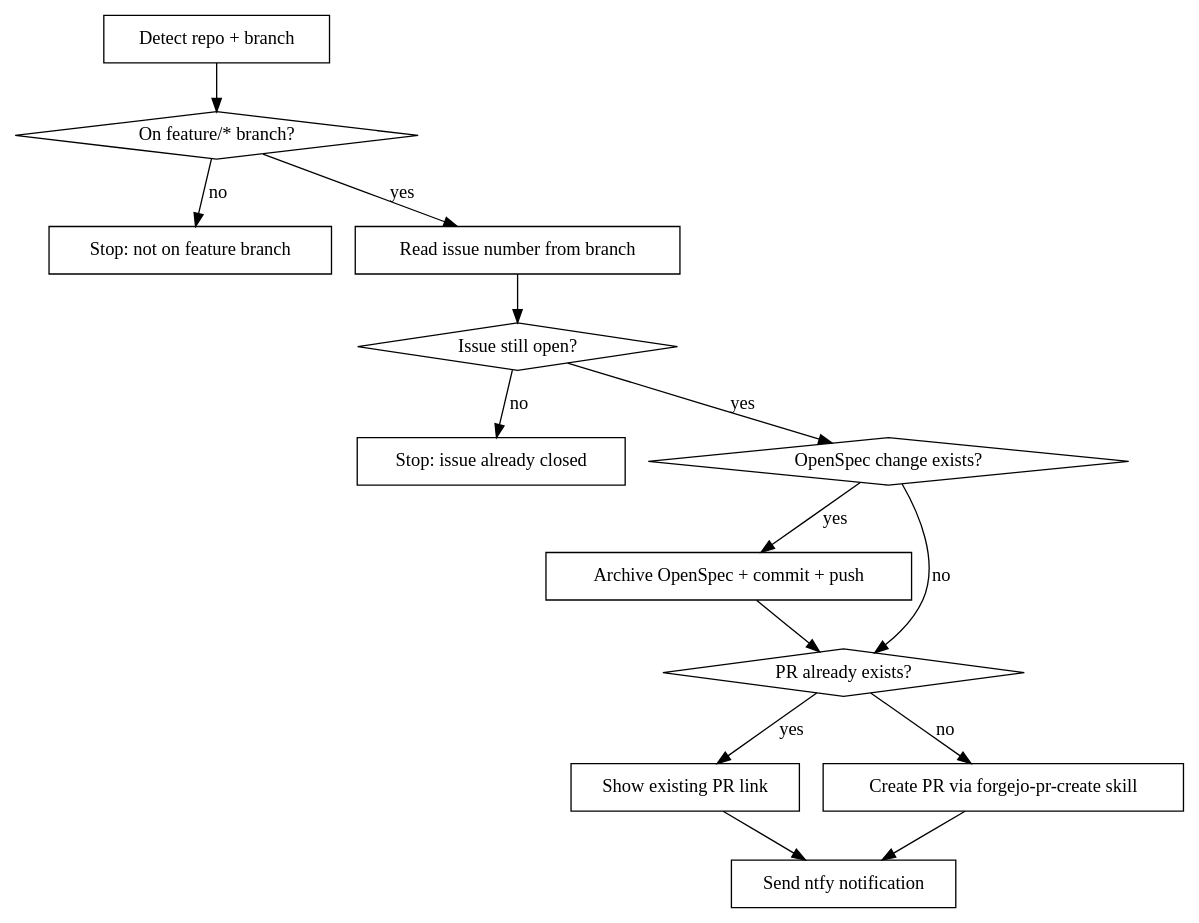
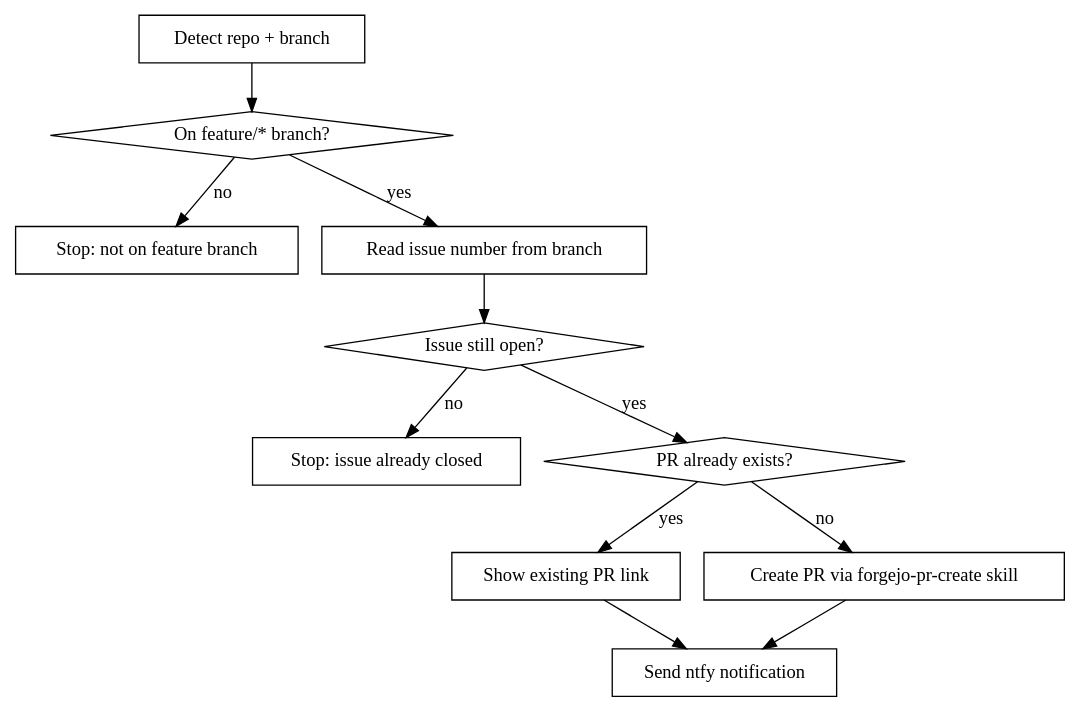
One commit to janbaer/dotfiles changed the diagram in .claude/skills/jb-forgejo-issue-finish/SKILL.md. Above: the diagram before and after it, drawn with Graphviz. The commit also changed other lines of this file and 11 other files, not shown here.

First line of the commit message:
claude 🔧: Dropping OpenSpec leftovers so skills point at the linked docs only

````diff
--- a/.claude/skills/jb-forgejo-issue-finish/SKILL.md
+++ b/.claude/skills/jb-forgejo-issue-finish/SKILL.md
@@ -17,30 +17,25 @@
 ```dot
 digraph finish_workflow {
     "Detect repo + branch" [shape=box];
     "On feature/* branch?" [shape=diamond];
     "Stop: not on feature branch" [shape=box];
     "Read issue number from branch" [shape=box];
     "Issue still open?" [shape=diamond];
     "Stop: issue already closed" [shape=box];
-    "OpenSpec change exists?" [shape=diamond];
-    "Archive OpenSpec + commit + push" [shape=box];
     "PR already exists?" [shape=diamond];
     "Show existing PR link" [shape=box];
     "Create PR via forgejo-pr-create skill" [shape=box];
     "Send ntfy notification" [shape=box];
 
     "Detect repo + branch" -> "On feature/* branch?";
     "On feature/* branch?" -> "Read issue number from branch" [label="yes"];
     "On feature/* branch?" -> "Stop: not on feature branch" [label="no"];
     "Read issue number from branch" -> "Issue still open?";
-    "Issue still open?" -> "OpenSpec change exists?" [label="yes"];
+    "Issue still open?" -> "PR already exists?" [label="yes"];
     "Issue still open?" -> "Stop: issue already closed" [label="no"];
-    "OpenSpec change exists?" -> "Archive OpenSpec + commit + push" [label="yes"];
-    "OpenSpec change exists?" -> "PR already exists?" [label="no"];
-    "Archive OpenSpec + commit + push" -> "PR already exists?";
     "PR already exists?" -> "Show existing PR link" [label="yes"];
     "PR already exists?" -> "Create PR via forgejo-pr-create skill" [label="no"];
     "Show existing PR link" -> "Send ntfy notification";
     "Create PR via forgejo-pr-create skill" -> "Send ntfy notification";
 }
 ```
````
